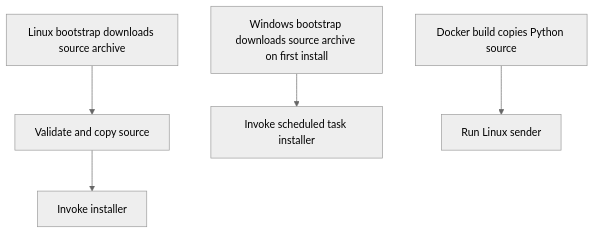
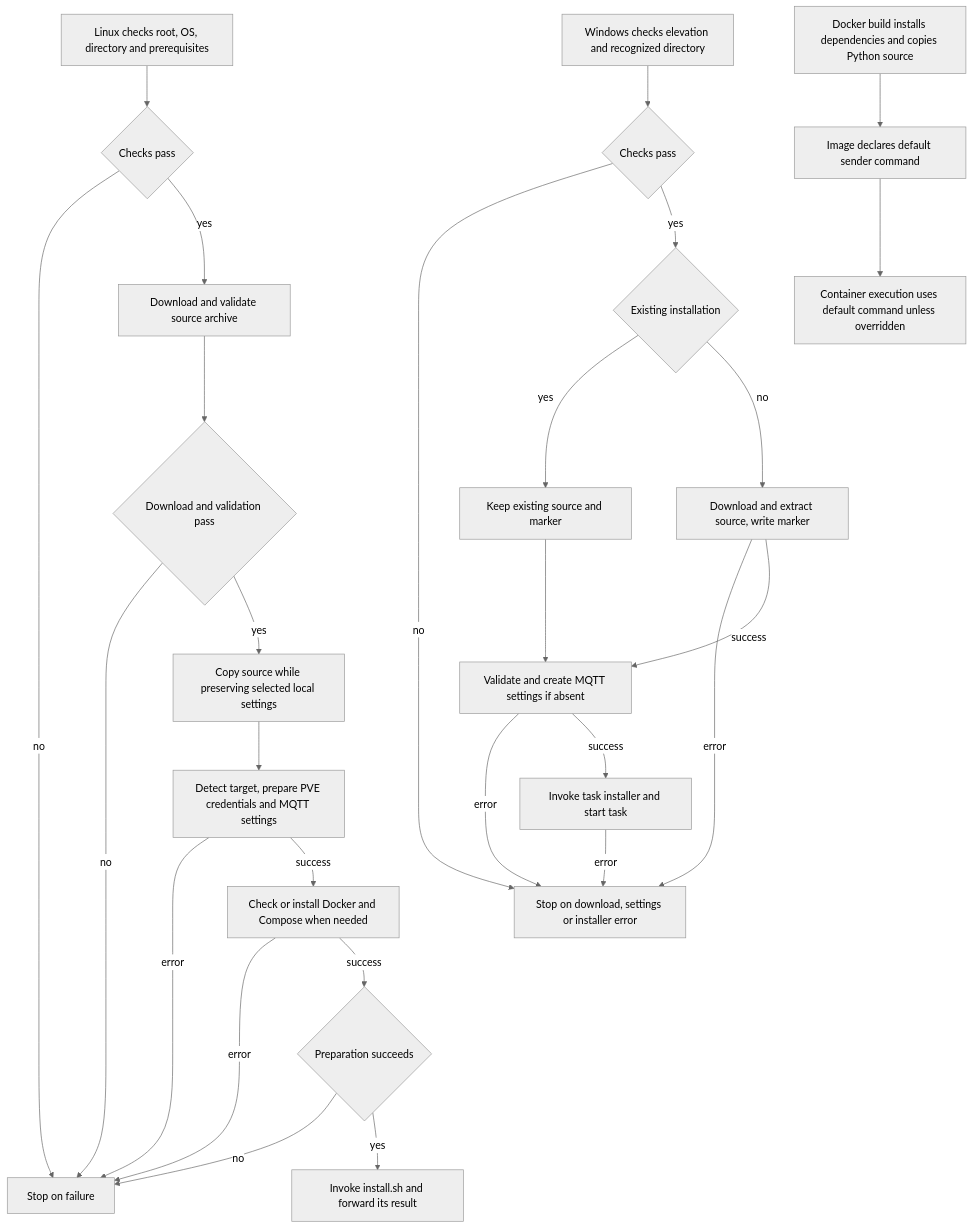
One commit to KarlSideProjects/hwmonitor-mqtt changed the diagram in docs/flows/sender.distribution.mmd. Above: the diagram before and after it, drawn with Mermaid (neutral theme). The commit also changed 4 other files, not shown here.

```diff
--- a/docs/flows/sender.distribution.mmd
+++ b/docs/flows/sender.distribution.mmd
@@ -1,12 +1,48 @@
 flowchart TD
-    A["Linux bootstrap downloads source archive"]
-    B["Validate and copy source"]
-    C["Invoke installer"]
-    D["Windows bootstrap downloads source archive on first install"]
-    E["Invoke scheduled task installer"]
-    F["Docker build copies Python source"]
-    G["Run Linux sender"]
+    A["Linux checks root, OS, directory and prerequisites"]
+    B{"Checks pass"}
+    C["Stop on failure"]
+    D["Download and validate source archive"]
+    E{"Download and validation pass"}
+    F["Copy source while preserving selected local settings"]
+    G["Detect target, prepare PVE credentials and MQTT settings"]
+    H["Check or install Docker and Compose when needed"]
+    I{"Preparation succeeds"}
+    J["Invoke install.sh and forward its result"]
+    K["Windows checks elevation and recognized directory"]
+    L{"Checks pass"}
+    M{"Existing installation"}
+    N["Keep existing source and marker"]
+    O["Download and extract source, write marker"]
+    P["Validate and create MQTT settings if absent"]
+    Q["Invoke task installer and start task"]
+    R["Stop on download, settings or installer error"]
+    S["Docker build installs dependencies and copies Python source"]
+    T["Image declares default sender command"]
+    U["Container execution uses default command unless overridden"]
     A --> B
-    B --> C
+    B -->|no| C
+    B -->|yes| D
     D --> E
+    E -->|no| C
+    E -->|yes| F
     F --> G
+    G -->|error| C
+    G -->|success| H
+    H -->|error| C
+    H -->|success| I
+    I -->|no| C
+    I -->|yes| J
+    K --> L
+    L -->|no| R
+    L -->|yes| M
+    M -->|yes| N
+    M -->|no| O
+    O -->|error| R
+    O -->|success| P
+    N --> P
+    P -->|error| R
+    P -->|success| Q
+    Q -->|error| R
+    S --> T
+    T --> U
```
